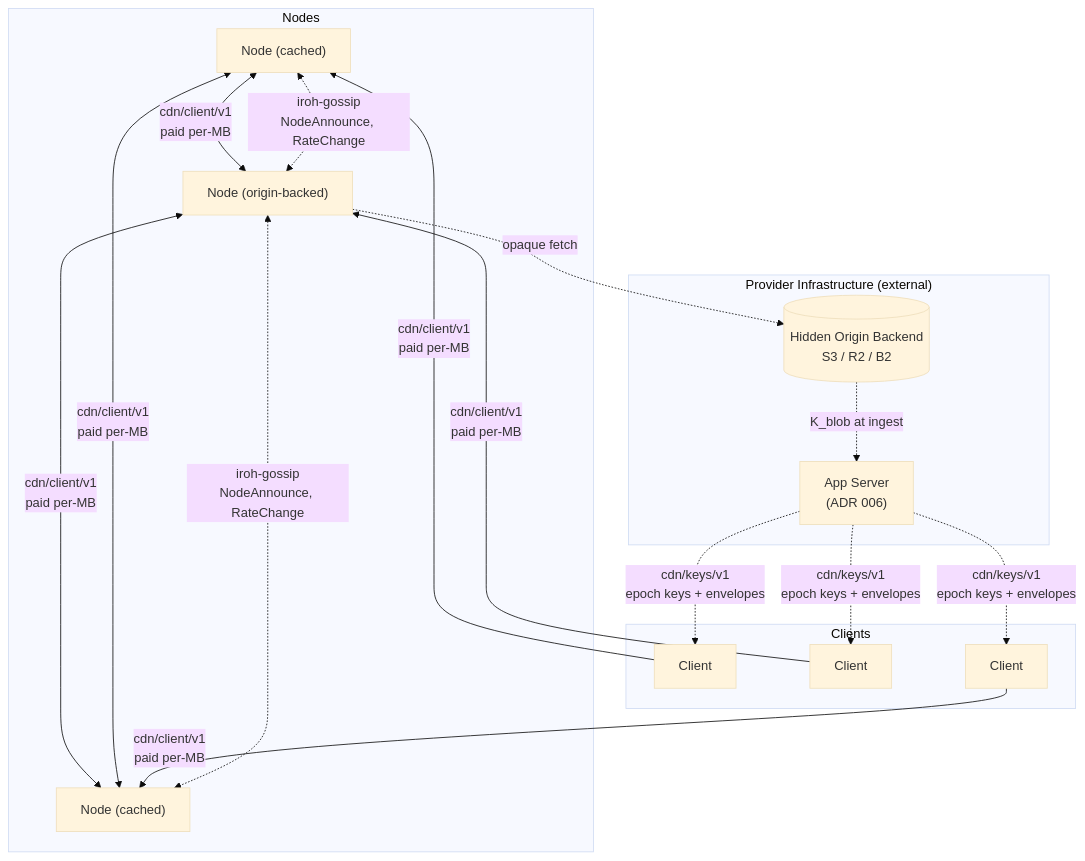
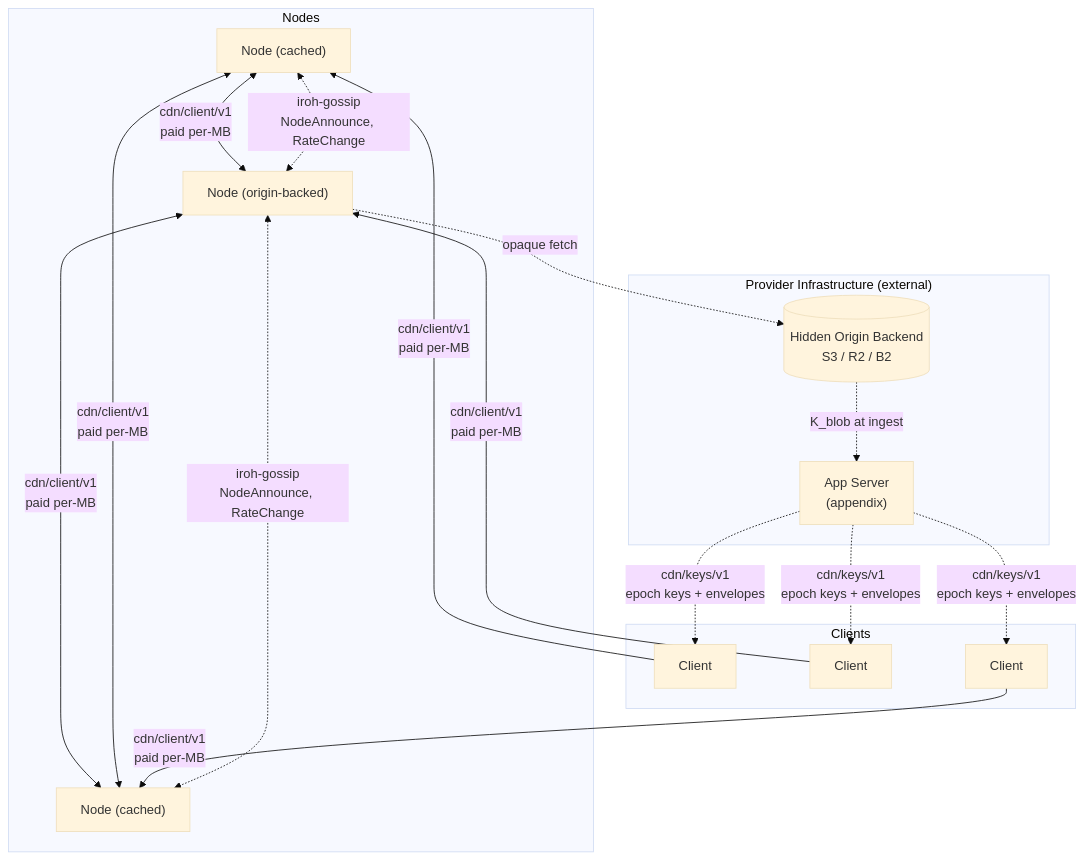
Before and after one commit to decdn/decdn: the first of 3 diagrams in adr/architecture.md, drawn with Mermaid (base theme). The commit also changed other lines of this file and 26 other files, not shown here.

````diff
--- a/adr/architecture.md
+++ b/adr/architecture.md
@@ -21,37 +21,37 @@
 ```mermaid
 graph TD
     subgraph Nodes
         N1["Node (cached)"]
         N2["Node (origin-backed)"]
         N3["Node (cached)"]
     end
 
     subgraph Clients
         C1[Client]
         C2[Client]
         C3[Client]
     end
 
     subgraph "Provider Infrastructure (external)"
         S3[("Hidden Origin Backend<br/>S3 / R2 / B2")]
-        A["App Server<br/>(ADR 006)"]
+        A["App Server<br/>(appendix)"]
     end
 
     N1 <-->|"cdn/client/v1<br/>paid per-MB"| N2
     N2 <-->|"cdn/client/v1<br/>paid per-MB"| N3
     N1 <-->|"cdn/client/v1<br/>paid per-MB"| N3
 
     C1 -->|"cdn/client/v1<br/>paid per-MB"| N1
     C2 -->|"cdn/client/v1<br/>paid per-MB"| N2
     C3 -->|"cdn/client/v1<br/>paid per-MB"| N3
 
     N2 -.->|opaque fetch| S3
 
     N1 <-.->|"iroh-gossip<br/>NodeAnnounce, RateChange"| N2
     N2 <-.->|"iroh-gossip<br/>NodeAnnounce, RateChange"| N3
 
     S3 -.->|"K_blob at ingest"| A
     A -.->|"cdn/keys/v1<br/>epoch keys + envelopes"| C1
     A -.->|"cdn/keys/v1<br/>epoch keys + envelopes"| C2
     A -.->|"cdn/keys/v1<br/>epoch keys + envelopes"| C3
 ```
````
